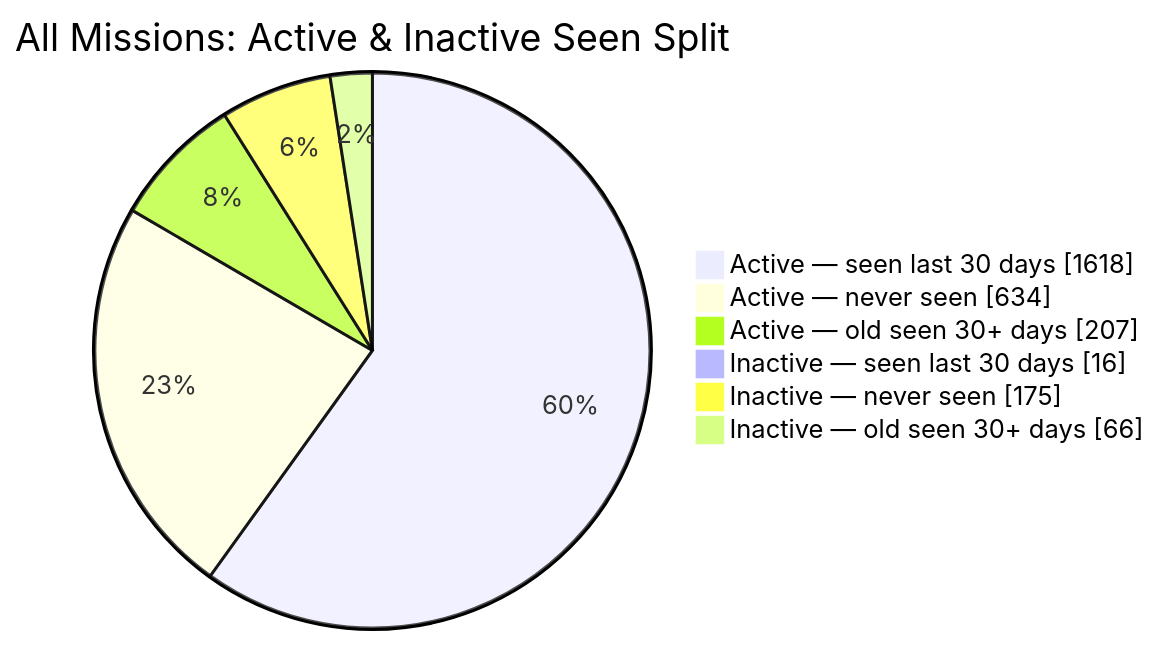
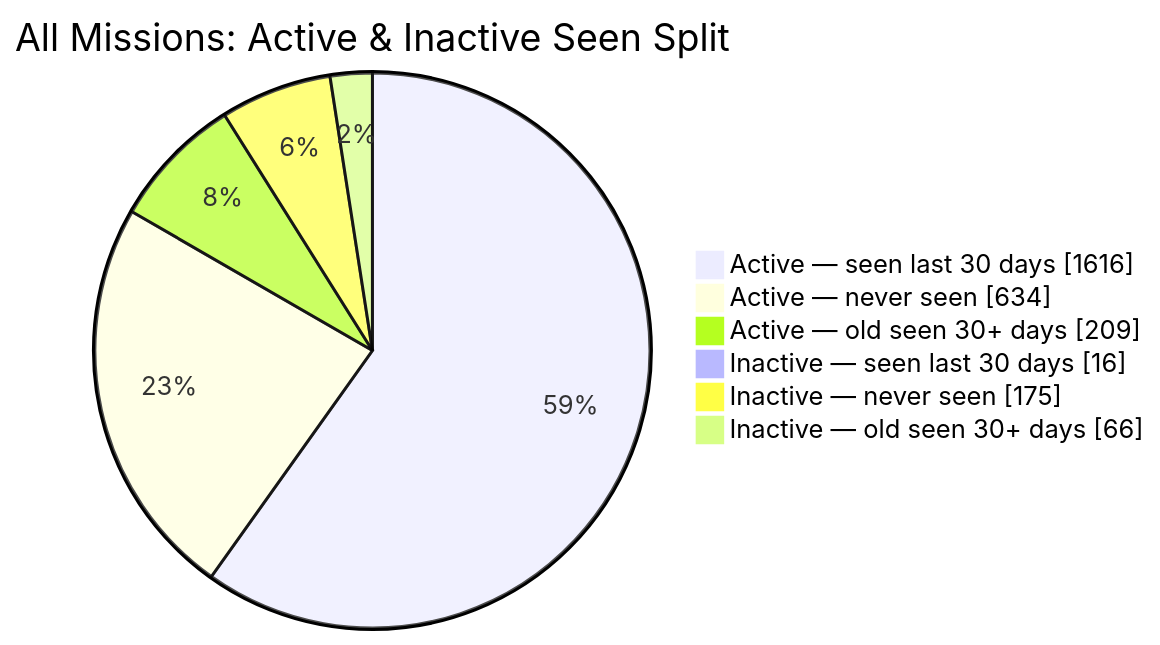
One commit to MeldkamerspelGameTeam/active-missions changed the second of 2 diagrams in README.md. Above: the diagram before and after it, drawn with Mermaid. The commit also changed other lines of this file and 3 other files, not shown here.

````diff
--- a/README.md
+++ b/README.md
@@ -44,10 +44,10 @@
 ```mermaid
 pie showData
     title All Missions: Active & Inactive Seen Split
-    "Active — seen last 30 days" : 1618
+    "Active — seen last 30 days" : 1616
     "Active — never seen" : 634
-    "Active — old seen 30+ days" : 207
+    "Active — old seen 30+ days" : 209
     "Inactive — seen last 30 days" : 16
     "Inactive — never seen" : 175
     "Inactive — old seen 30+ days" : 66
 ```
````
